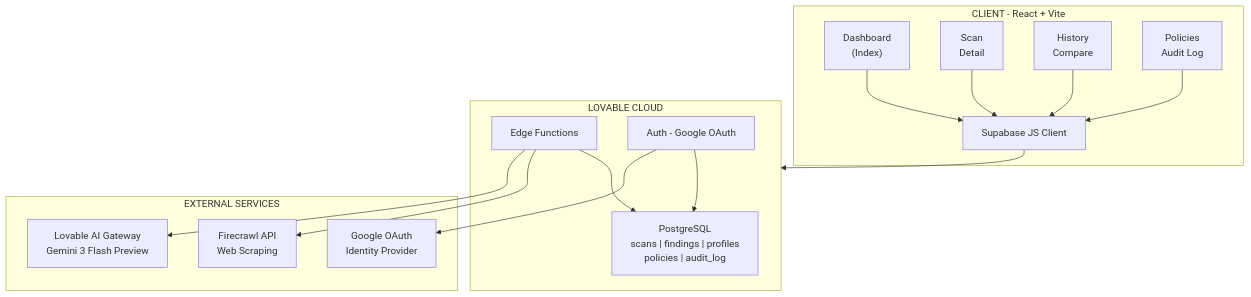
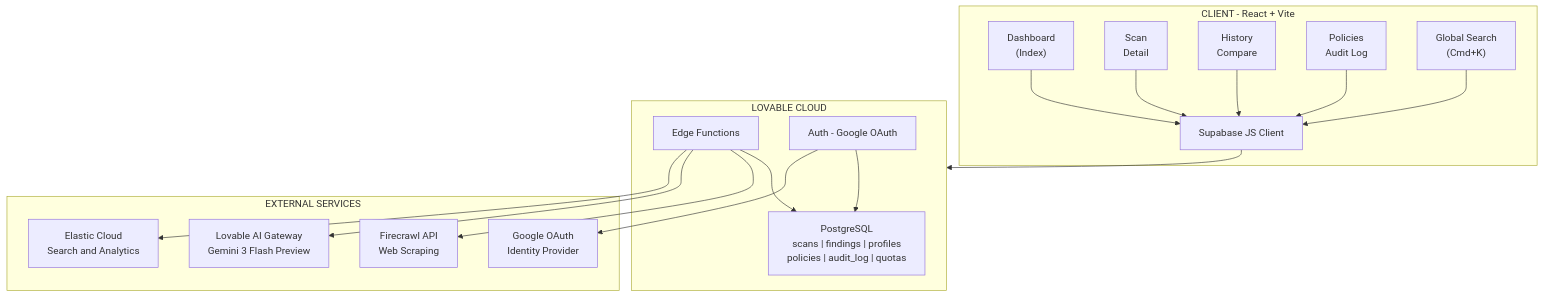
One commit to ritvikindupuri/aegis-intel-scan changed the diagram in README.md. Above: the diagram before and after it, drawn with Mermaid. The commit also changed other lines of this file and 1 other file, not shown here.

````diff
--- a/README.md
+++ b/README.md
@@ -75,34 +77,38 @@
 ```mermaid
 graph TB
     subgraph Client["CLIENT - React + Vite"]
         Dashboard["Dashboard\n(Index)"]
         ScanDetail["Scan\nDetail"]
         History["History\nCompare"]
         Policies["Policies\nAudit Log"]
+        GlobalSearch["Global Search\n(Cmd+K)"]
         Dashboard --> SBClient
         ScanDetail --> SBClient
         History --> SBClient
         Policies --> SBClient
+        GlobalSearch --> SBClient
         SBClient["Supabase JS Client"]
     end
 
     SBClient --> Backend
 
     subgraph Backend["LOVABLE CLOUD"]
-        DB["PostgreSQL\nscans | findings | profiles\npolicies | audit_log"]
+        DB["PostgreSQL\nscans | findings | profiles\npolicies | audit_log | quotas"]
         EF["Edge Functions"]
         Auth["Auth - Google OAuth"]
         EF --> DB
         Auth --> DB
     end
 
     subgraph External["EXTERNAL SERVICES"]
         Firecrawl["Firecrawl API\nWeb Scraping"]
         AI["Lovable AI Gateway\nGemini 3 Flash Preview"]
         Google["Google OAuth\nIdentity Provider"]
+        Elastic["Elastic Cloud\nSearch and Analytics"]
     end
 
     EF --> Firecrawl
     EF --> AI
+    EF --> Elastic
     Auth --> Google
 ```
````
